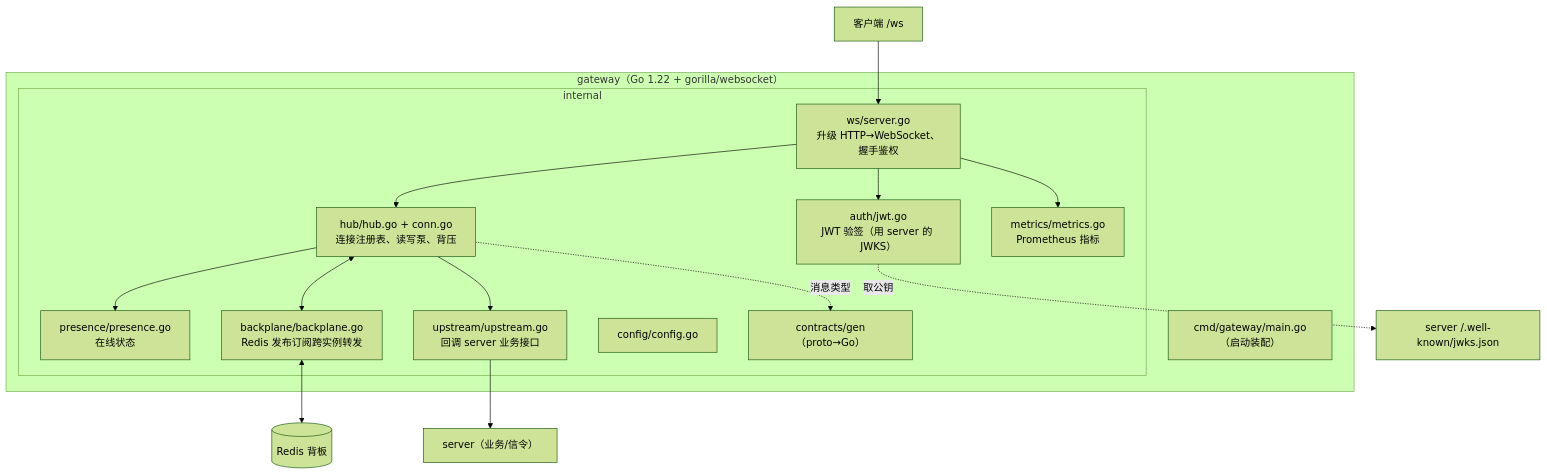
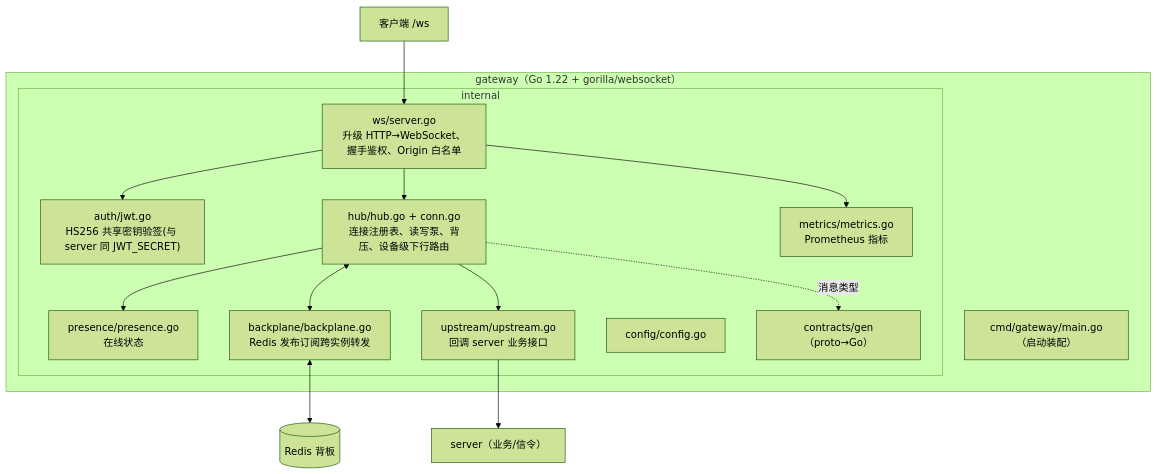
The third of 10 diagrams in docs/架构/系统架构图.md (talqora/talqora), drawn with Mermaid (forest theme) before and after one commit. The commit also changed other lines of this file, not shown here.

Commit message:
docs: 架构图同步连接层替换目标态

````diff
--- a/docs/架构/系统架构图.md
+++ b/docs/架构/系统架构图.md
@@ -196,29 +197,28 @@
 ```mermaid
 flowchart TB
     subgraph gw["gateway（Go 1.22 + gorilla/websocket）"]
         cmd["cmd/gateway/main.go（启动装配）"]
         subgraph internal["internal"]
-            ws["ws/server.go<br/>升级 HTTP→WebSocket、握手鉴权"]
-            auth["auth/jwt.go<br/>JWT 验签（用 server 的 JWKS）"]
-            hub["hub/hub.go + conn.go<br/>连接注册表、读写泵、背压"]
+            ws["ws/server.go<br/>升级 HTTP→WebSocket、握手鉴权、Origin 白名单"]
+            auth["auth/jwt.go<br/>HS256 共享密钥验签(与 server 同 JWT_SECRET)"]
+            hub["hub/hub.go + conn.go<br/>连接注册表、读写泵、背压、设备级下行路由"]
             presence["presence/presence.go<br/>在线状态"]
             backplane["backplane/backplane.go<br/>Redis 发布订阅跨实例转发"]
             upstream["upstream/upstream.go<br/>回调 server 业务接口"]
             metrics["metrics/metrics.go<br/>Prometheus 指标"]
             config["config/config.go"]
             gwContracts["contracts/gen（proto→Go）"]
         end
     end
 
     client["客户端 /ws"] --> ws
     ws --> auth
-    auth -.->|"取公钥"| serverJWKS["server /.well-known/jwks.json"]
     ws --> hub
     hub --> presence
     hub <--> backplane
     backplane <--> Redis[("Redis 背板")]
     hub --> upstream
     upstream --> server["server（业务/信令）"]
     hub -. 消息类型 .-> gwContracts
     ws --> metrics
 ```
````
